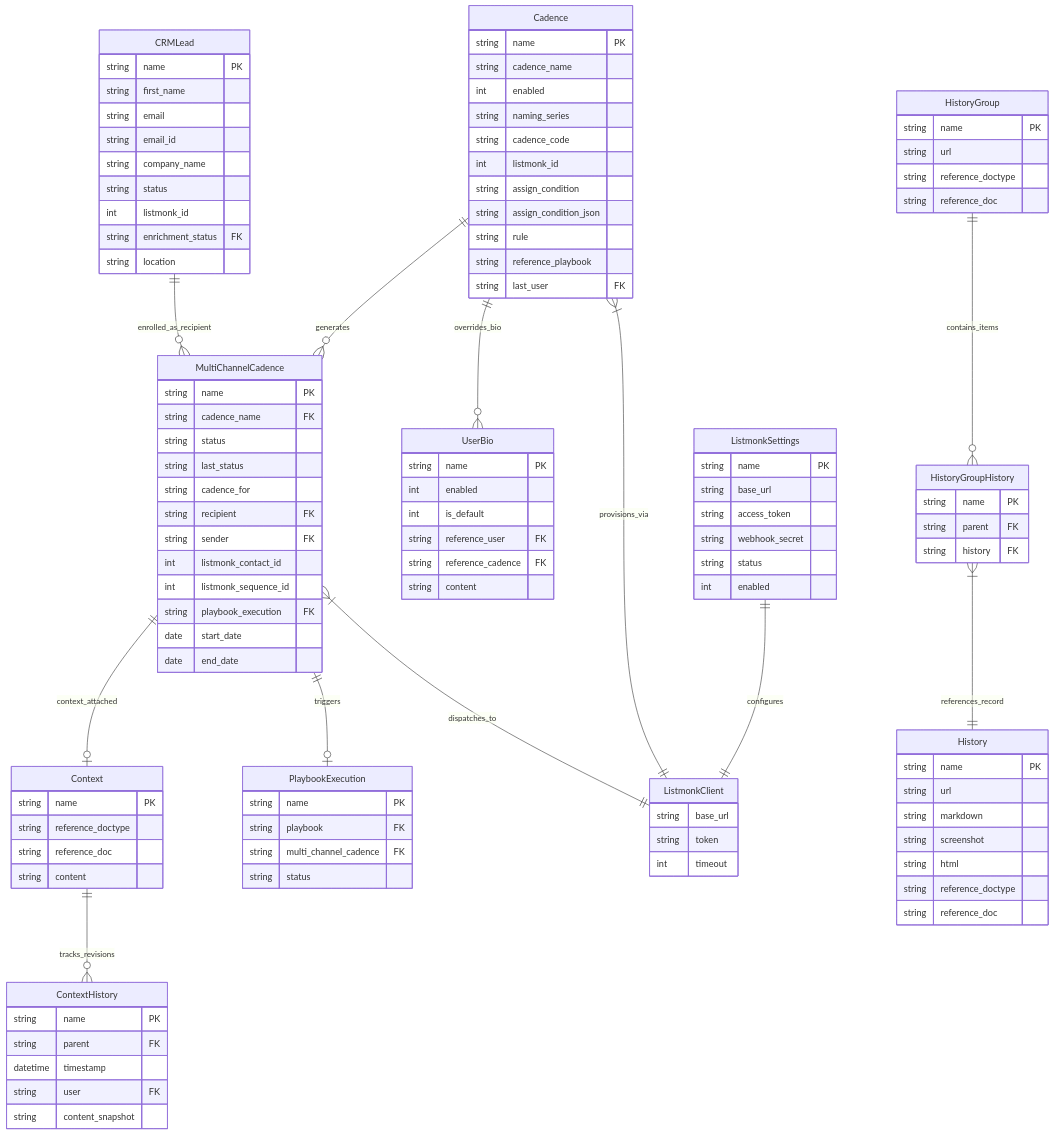
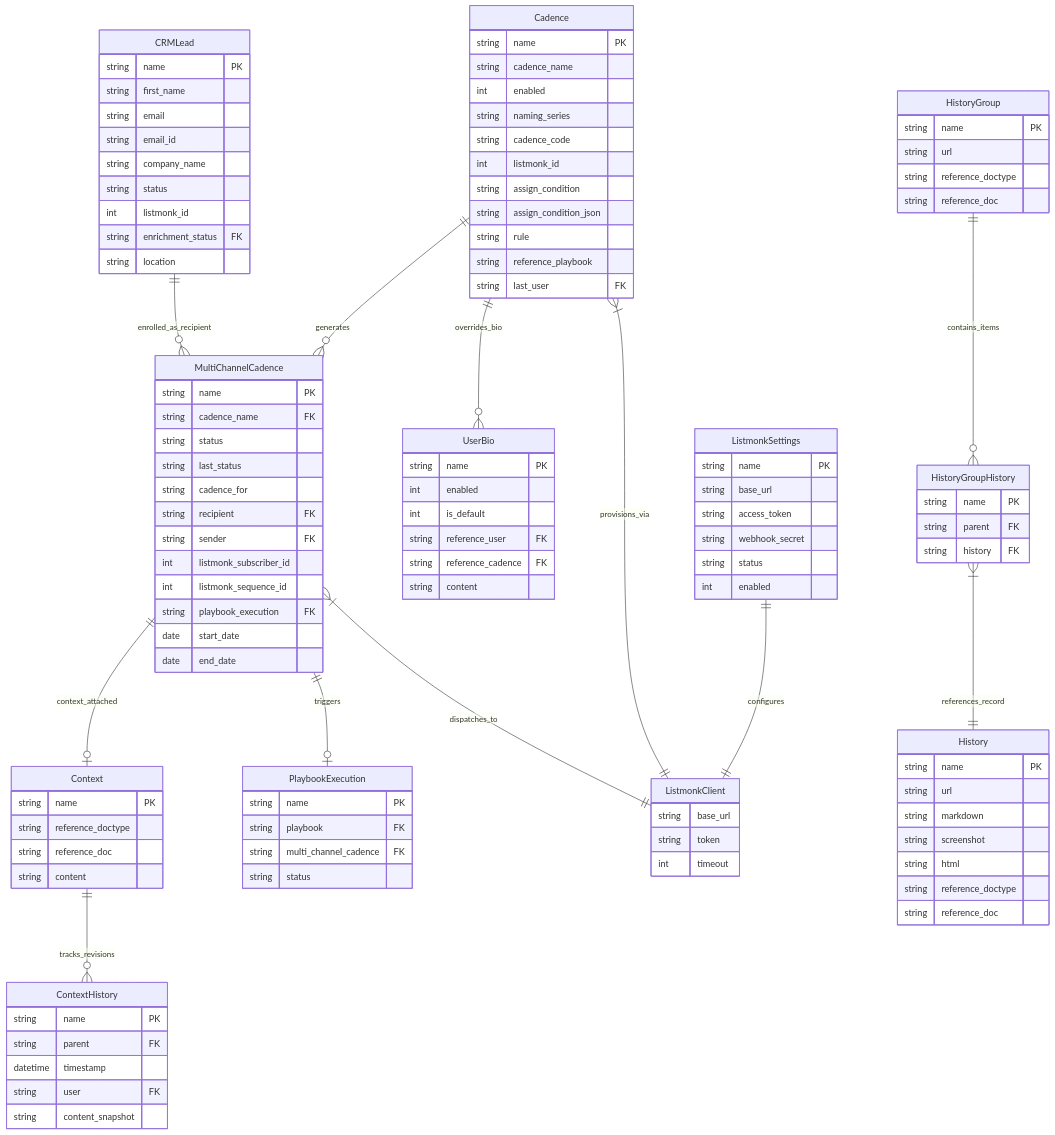
Before and after one commit to aurumorcom/frappe-cadence: the diagram in docs/architecture/c4/03-component.md, drawn with Mermaid. The commit also changed 2 other files, not shown here.

Commit message:
docs: rename listmonk contact references to subscriber
Update documentation to reflect the correct Listmonk API
terminology. The Listmonk API uses "subscribers" endpoint
instead of "contacts", and the database field should be named
`listmonk_subscriber_id` for consistency with the API.

This change updates the C4 architecture diagrams and component
documentation to use the accurate API endpoint and field naming
conventions.

```diff
--- a/docs/architecture/c4/03-component.md
+++ b/docs/architecture/c4/03-component.md
@@ -41,7 +41,7 @@
         string cadence_for
         string recipient FK
         string sender FK
-        int listmonk_contact_id
+        int listmonk_subscriber_id
         int listmonk_sequence_id
         string playbook_execution FK
         date start_date
```
